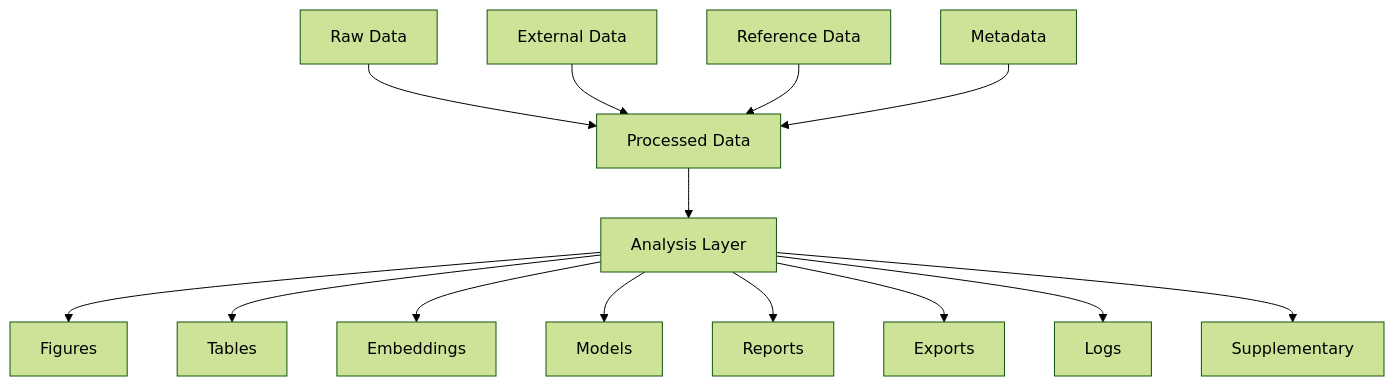
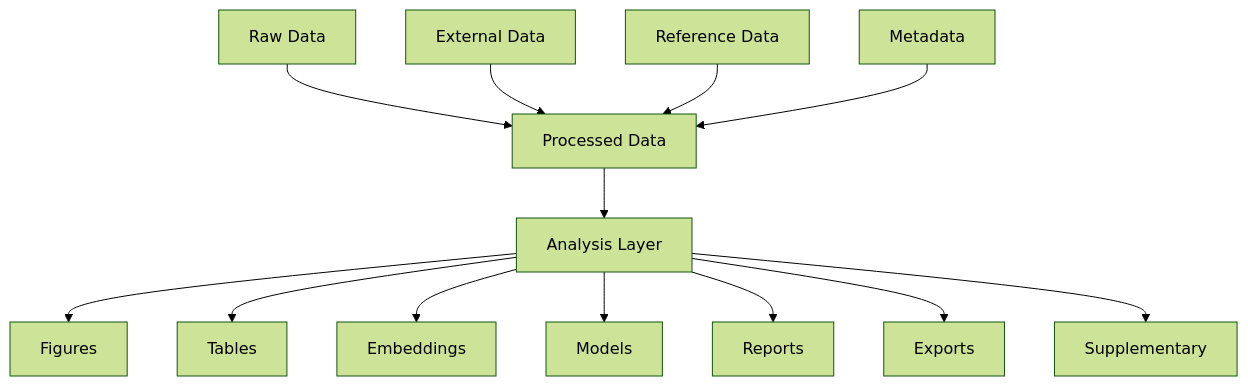
One commit to arose20/Lab_project_template_v2 changed the diagram in results/README.md. Above: the diagram before and after it, drawn with Mermaid (forest theme). The commit also changed other lines of this file and 1 other file, not shown here.

Commit message:
updated to remove logs from results to higher layer

````diff
--- a/results/README.md
+++ b/results/README.md
@@ -23,24 +23,23 @@
 ```mermaid
 flowchart TD
 
     Raw[Raw Data]
     Ext[External Data]
     Ref[Reference Data]
     Meta[Metadata]
 
     Raw --> Proc[Processed Data]
     Ext --> Proc
     Ref --> Proc
     Meta --> Proc
 
     Proc --> A[Analysis Layer]
 
     A --> F[Figures]
     A --> T[Tables]
     A --> E[Embeddings]
     A --> M[Models]
     A --> R[Reports]
     A --> X[Exports]
-    A --> L[Logs]
     A --> S[Supplementary]
 ```
````
